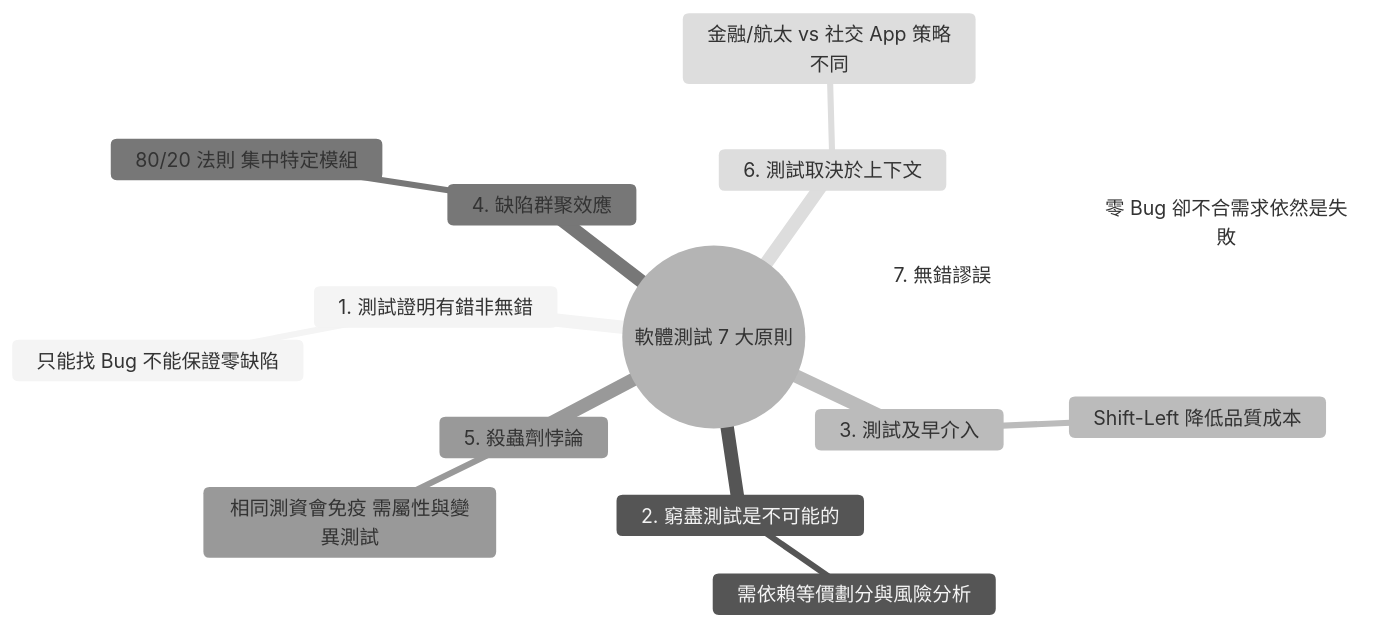
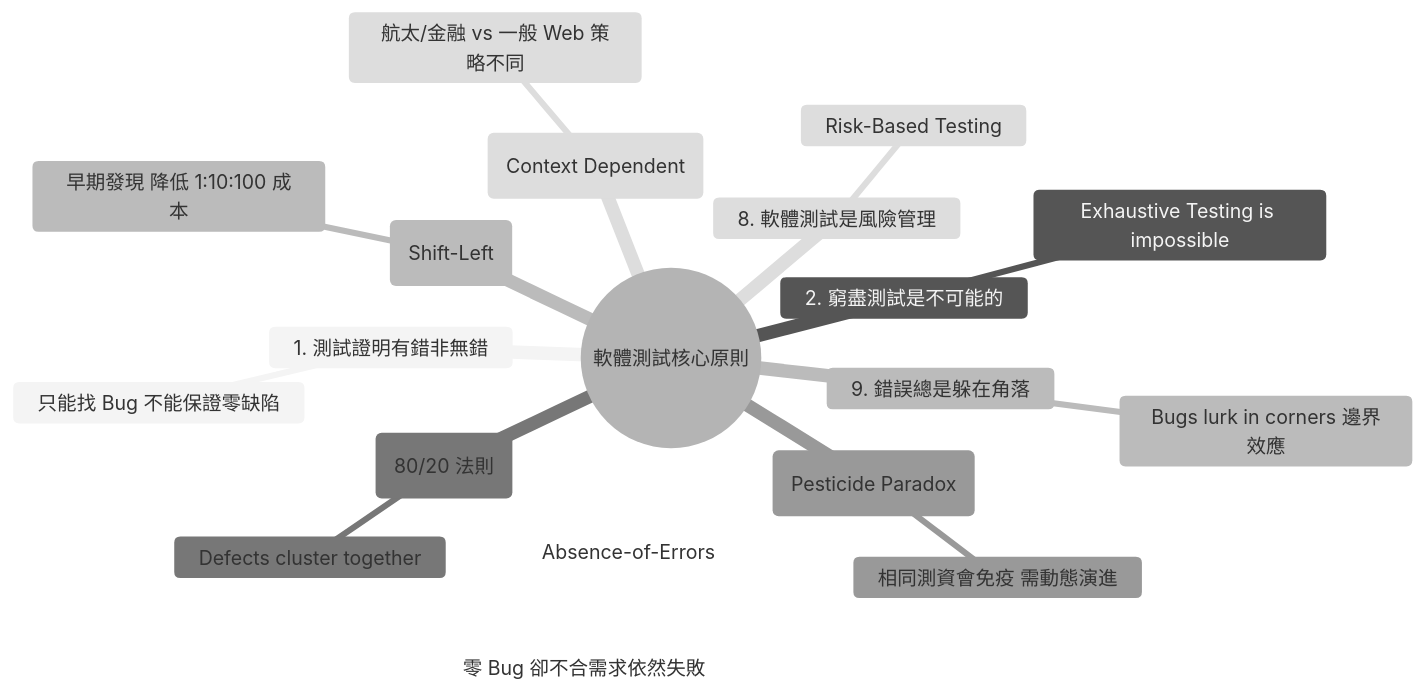
Before and after one commit to nlhsueh/teach_SQA: the first of 2 diagrams in Lecture/ch03_testing.md, drawn with Mermaid (neutral theme). The commit also changed other lines of this file, not shown here.

Commit message:
feat(ch03): add formal references, fully restore 3W2H analysis, mathematical examples, Venn diagram and comprehensive exercises

````diff
--- a/Lecture/ch03_testing.md
+++ b/Lecture/ch03_testing.md
@@ -24,18 +30,22 @@
 ```mermaid
 mindmap
-  root((軟體測試 7 大原則))
+  root((軟體測試核心原則))
     1. 測試證明有錯非無錯
       只能找 Bug 不能保證零缺陷
     2. 窮盡測試是不可能的
-      需依賴等價劃分與風險分析
-    3. 測試及早介入
-      Shift-Left 降低品質成本
-    4. 缺陷群聚效應
-      80/20 法則 集中特定模組
-    5. 殺蟲劑悖論
-      相同測資會免疫 需屬性與變異測試
-    6. 測試取決於上下文
-      金融/航太 vs 社交 App 策略不同
-    7. 無錯謬誤
-      零 Bug 卻不合需求依然是失敗
+      Exhaustive Testing is impossible
+    3. 測試及早介入 (Shift-Left)
+      早期發現 降低 1:10:100 成本
+    4. 缺陷群聚效應 (80/20 法則)
+      Defects cluster together
+    5. 殺蟲劑悖論 (Pesticide Paradox)
+      相同測資會免疫 需動態演進
+    6. 測試取決於上下文 (Context Dependent)
+      航太/金融 vs 一般 Web 策略不同
+    7. 無錯謬誤 (Absence-of-Errors)
+      零 Bug 卻不合需求依然失敗
+    8. 軟體測試是風險管理
+      Risk-Based Testing
+    9. 錯誤總是躲在角落
+      Bugs lurk in corners 邊界效應
 ```
````
